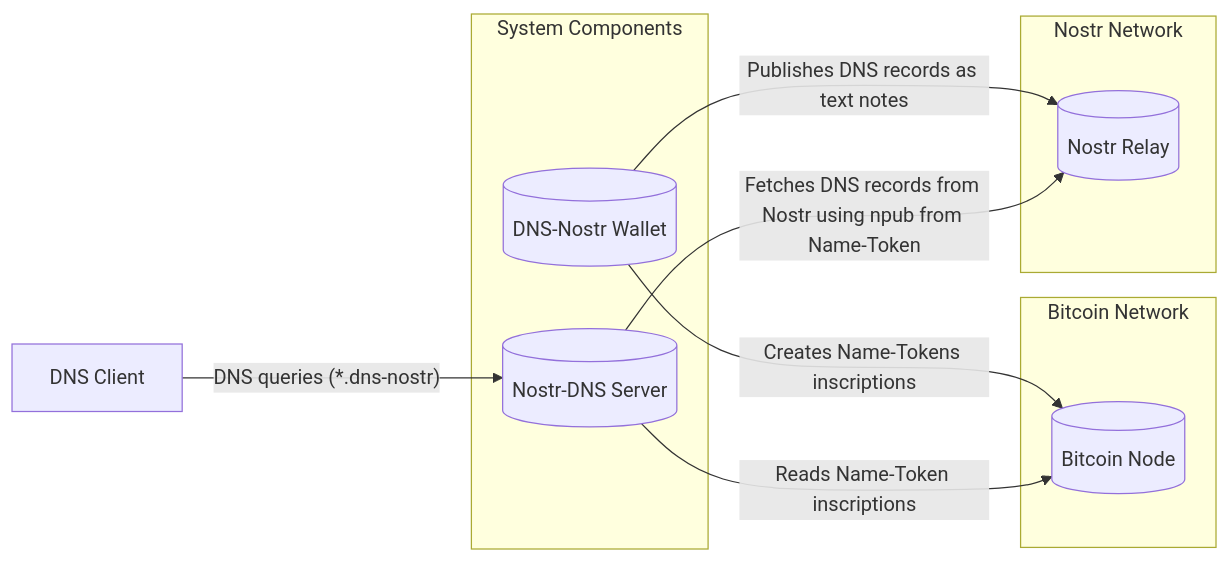
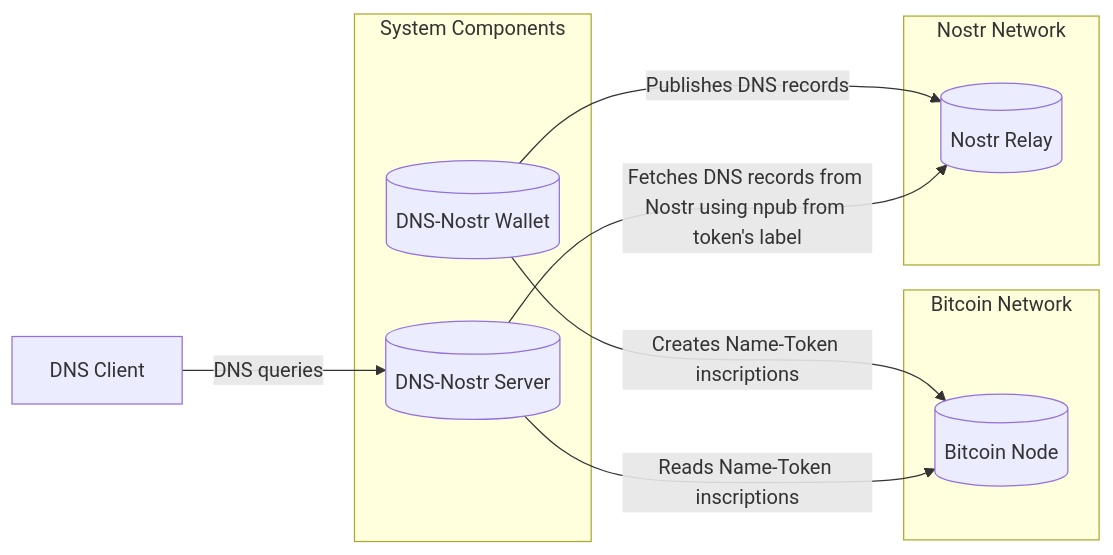
The diagram in README.md (luigiminardim/UnB-FinalProject-DnsOverBitcoin), drawn with Mermaid before and after one commit. The commit also changed other lines of this file, not shown here.

Commit message:
docs: clarify regarding how the .dns-nostr namespace and your DNS server actually function

````diff
--- a/README.md
+++ b/README.md
@@ -56,21 +56,21 @@
 ```mermaid
 graph LR
     subgraph Bitcoin Network
         Bitcoin[(Bitcoin Node)]
     end
 
     subgraph Nostr Network
         Nostr[(Nostr Relay)]
     end
 
     subgraph System Components
         Wallet[("DNS-Nostr Wallet")]
-        DnsServer[("Nostr-DNS Server")]
+        DnsServer[("DNS-Nostr Server")]
     end
 
-    Wallet -- "Creates Name-Tokens inscriptions" --> Bitcoin
-    Wallet -- "Publishes DNS records as text notes" --> Nostr
+    Wallet -- "Creates Name-Token inscriptions" --> Bitcoin
+    Wallet -- "Publishes DNS records" --> Nostr
     DnsServer -- "Reads Name-Token inscriptions" --> Bitcoin
-    DnsServer -- "Fetches DNS records from Nostr using npub from Name-Token" --> Nostr
-    DnsClient["DNS Client"] -- "DNS queries (*.dns-nostr)" --> DnsServer
+    DnsServer -- "Fetches DNS records from Nostr using npub from token's label" --> Nostr
+    DnsClient["DNS Client"] -- "DNS queries" --> DnsServer
 ```
````
